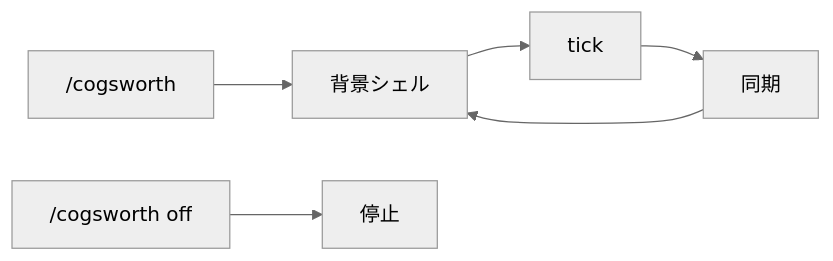
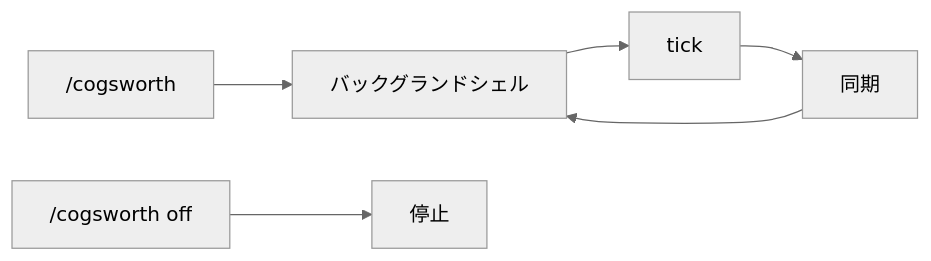
The second of 2 diagrams in CLAUDE.md (ac-nakamura-y/activecore), drawn with Mermaid (neutral theme) before and after one commit. The commit also changed other lines of this file and 3 other files, not shown here.

````diff
--- a/CLAUDE.md
+++ b/CLAUDE.md
@@ -95,8 +95,8 @@
 ```mermaid
 flowchart LR
-  enable["/cogsworth"] --> loop["背景シェル"]
+  enable["/cogsworth"] --> loop["バックグランドシェル"]
   loop --> tick["tick"]
   tick --> sync["同期"]
   sync --> loop
   disable["/cogsworth off"] --> stop["停止"]
 ```
````
